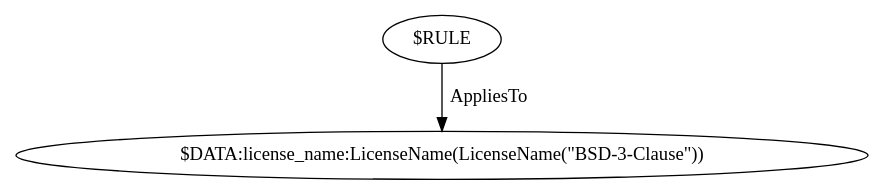
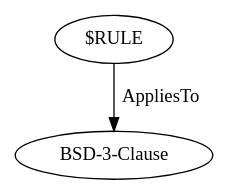
The diagram in test_output/source_osadl/BSD-3-Clause.dot (maxhbr/LDBcollector), drawn with Graphviz before and after one commit. The commit also changed 55 other files, not shown here.

```diff
--- a/test_output/source_osadl/BSD-3-Clause.dot
+++ b/test_output/source_osadl/BSD-3-Clause.dot
@@ -1,5 +1,5 @@
 digraph {
-    29 [ label = "$DATA:license_name:LicenseName(LicenseName(\"BSD-3-Clause\"))" ]
+    29 [ label = "BSD-3-Clause" ]
     30 [ label = "$RULE" ]
     30 -> 29 [ label = "AppliesTo" ]
 }
```
